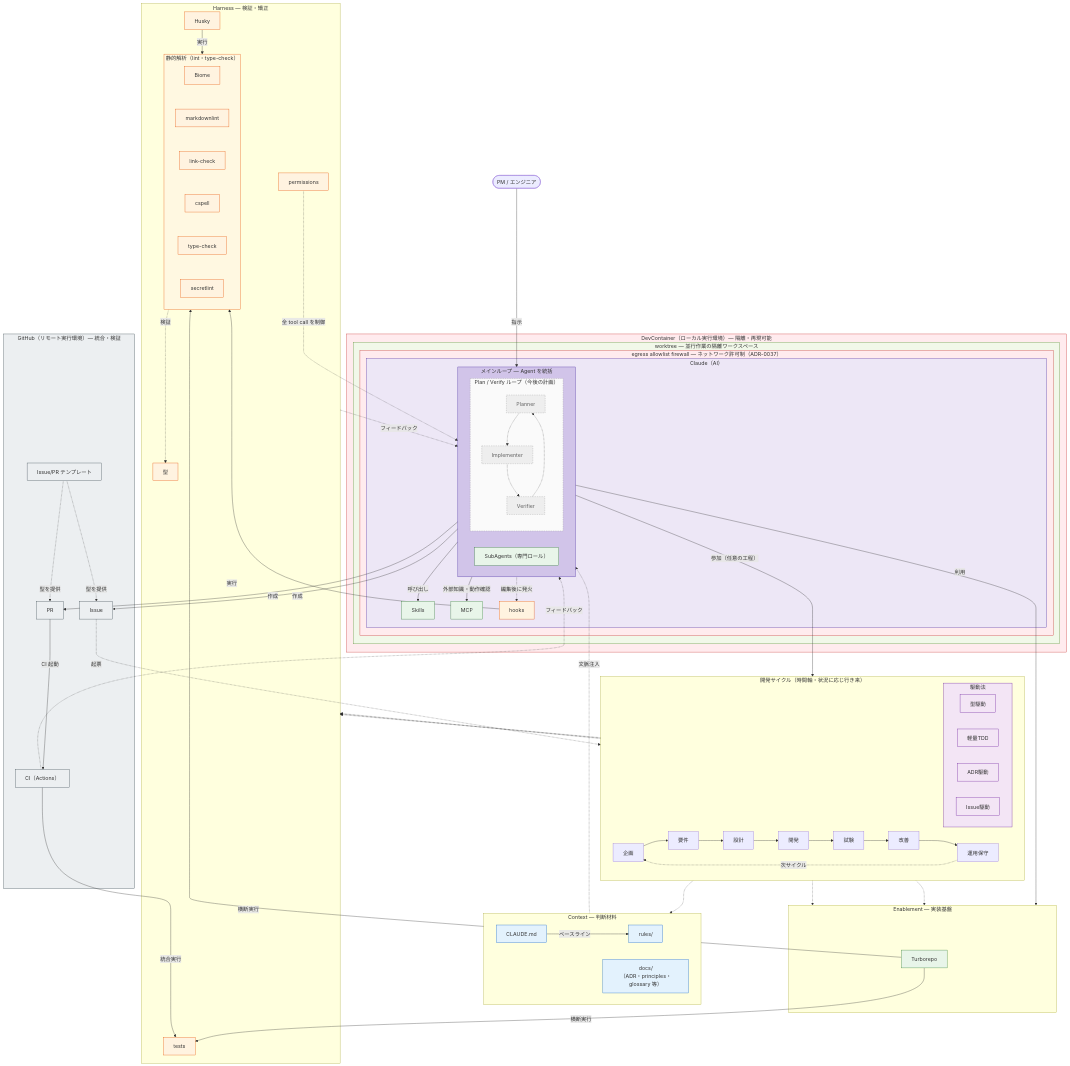
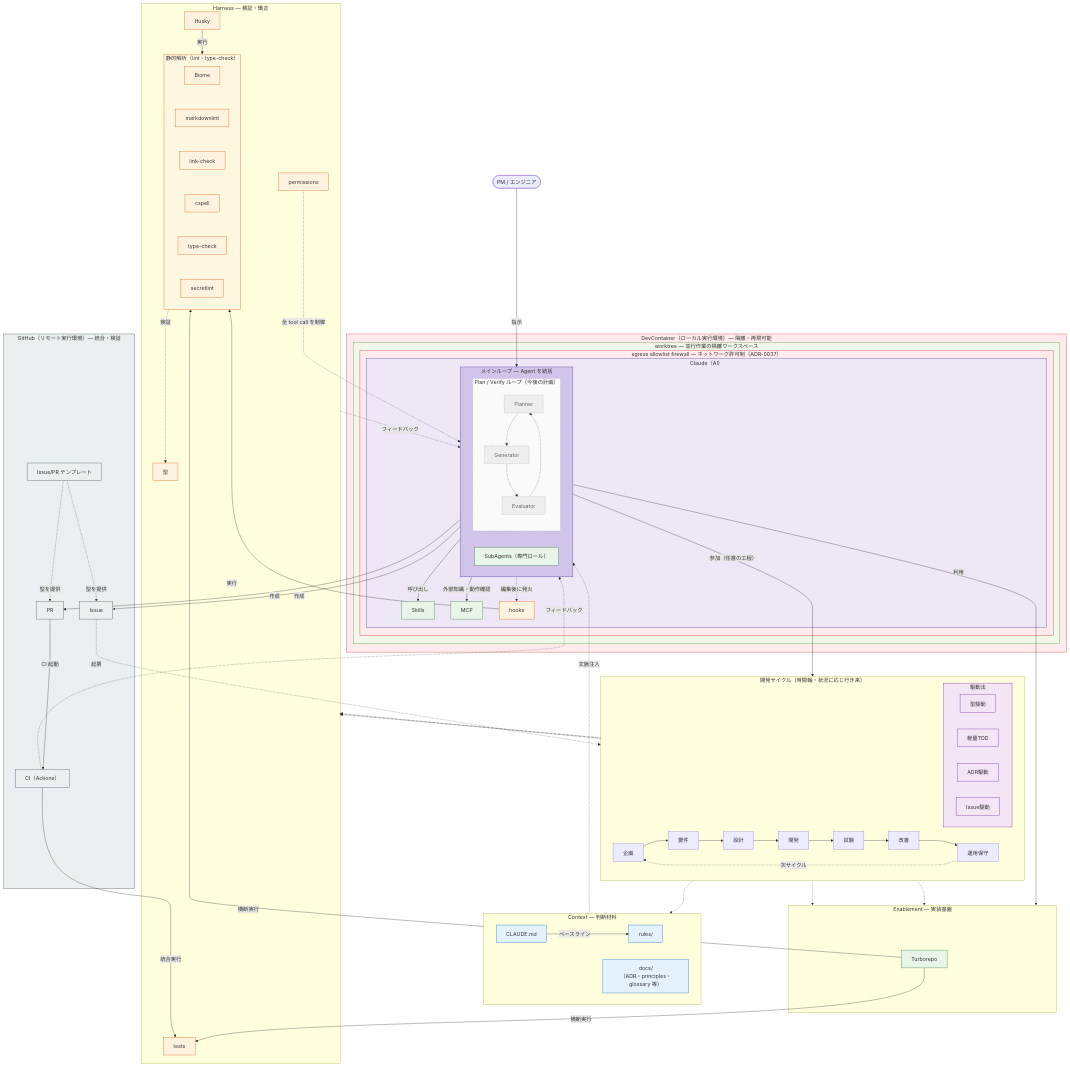
One commit to kuairen-227/agent-team-studio changed the diagram in docs/guides/ai-driven-development.md. Above: the diagram before and after it, drawn with Mermaid. The commit also changed other lines of this file and 3 other files, not shown here.

```diff
--- a/docs/guides/ai-driven-development.md
+++ b/docs/guides/ai-driven-development.md
@@ -31,7 +31,7 @@
                     subgraph ML["メインループ — Agent を統括"]
                         AGT["SubAgents（専門ロール）"]
                         subgraph plan["Plan / Verify ループ（今後の計画）"]
-                            PL["Planner"] -.-> IMP["Implementer"] -.-> VER["Verifier"] -.-> PL
+                            PL["Planner"] -.-> IMP["Generator"] -.-> VER["Evaluator"] -.-> PL
                         end
                     end
                     SKL["Skills"]
```
